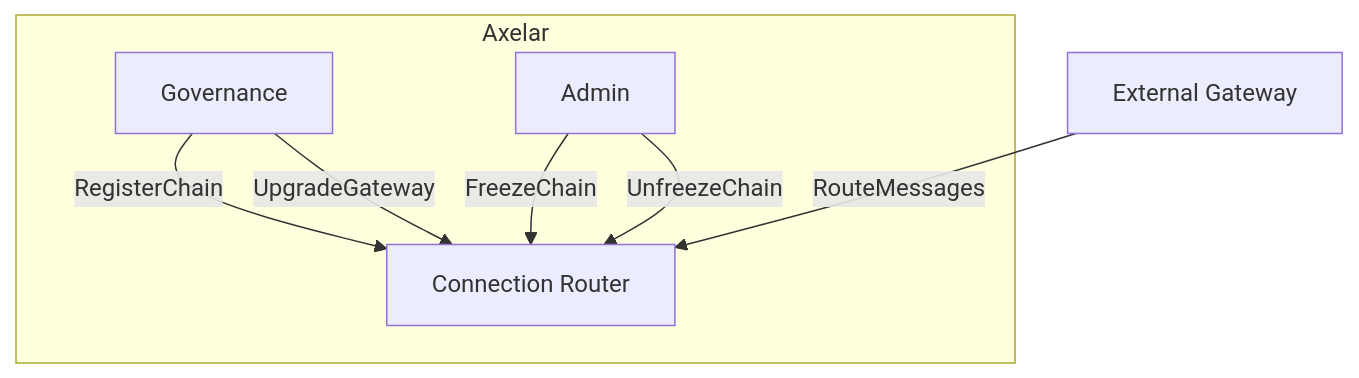
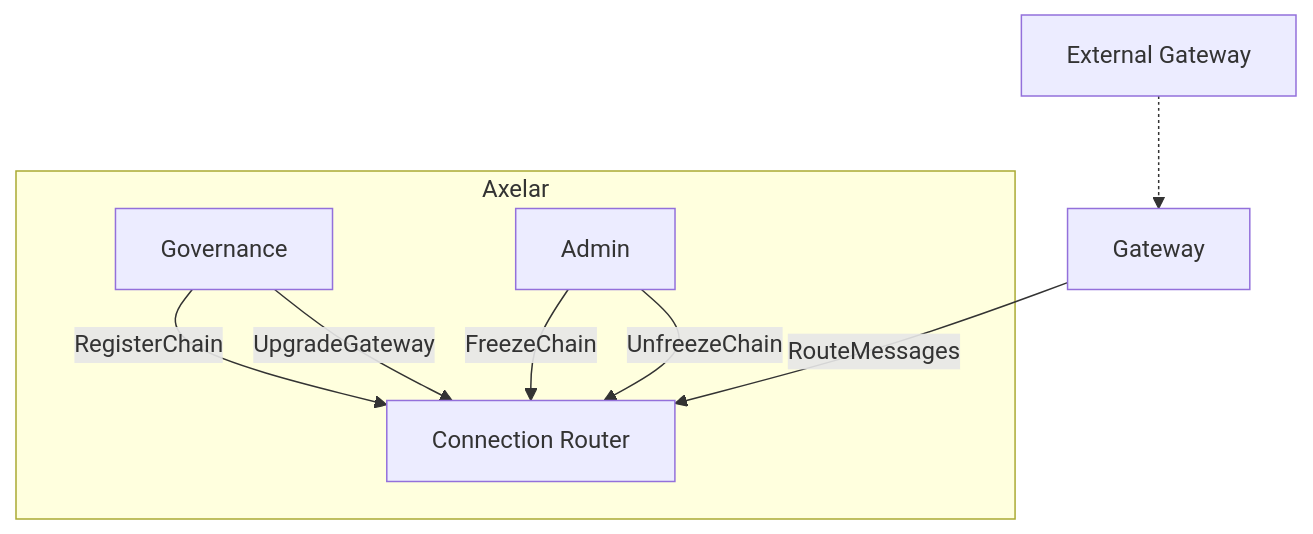
The first of 2 diagrams in doc/src/contracts/connection_router.md (axelarnetwork/axelar-amplifier), drawn with Mermaid before and after one commit. The commit also changed other lines of this file, not shown here.

Commit message:
Add connection_router sequence diagram

````diff
--- a/doc/src/contracts/connection_router.md
+++ b/doc/src/contracts/connection_router.md
@@ -98,16 +98,18 @@
 ```mermaid
 graph TD
 
 e[External Gateway]
+t[Gateway]
 subgraph Axelar
 g[Governance]
 a[Admin]
 c[Connection Router]
 end
 
 g--RegisterChain-->c
 g--UpgradeGateway-->c
 a--FreezeChain-->c
 a--UnfreezeChain-->c
-e--RouteMessages-->c
+e-.->t
+t--RouteMessages-->c
 ```
````
